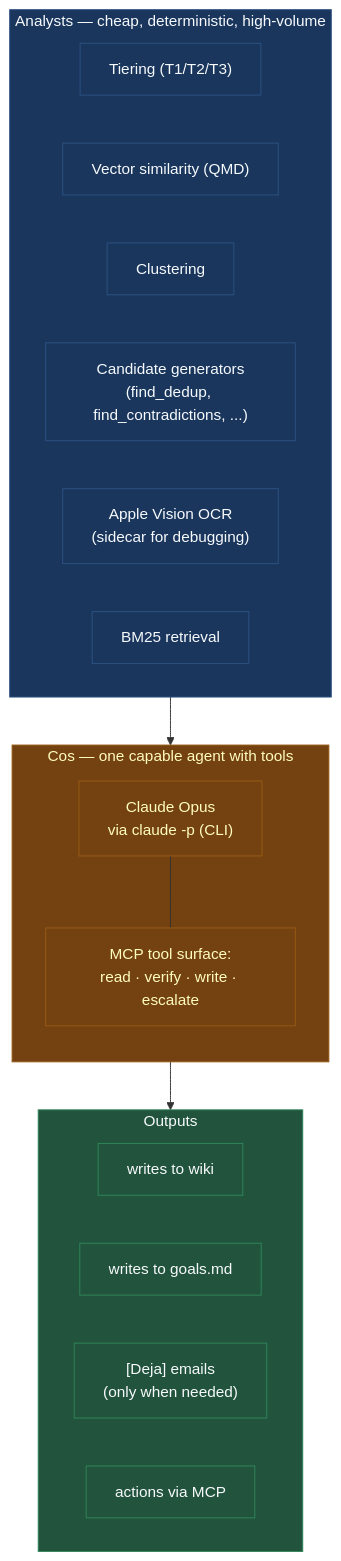
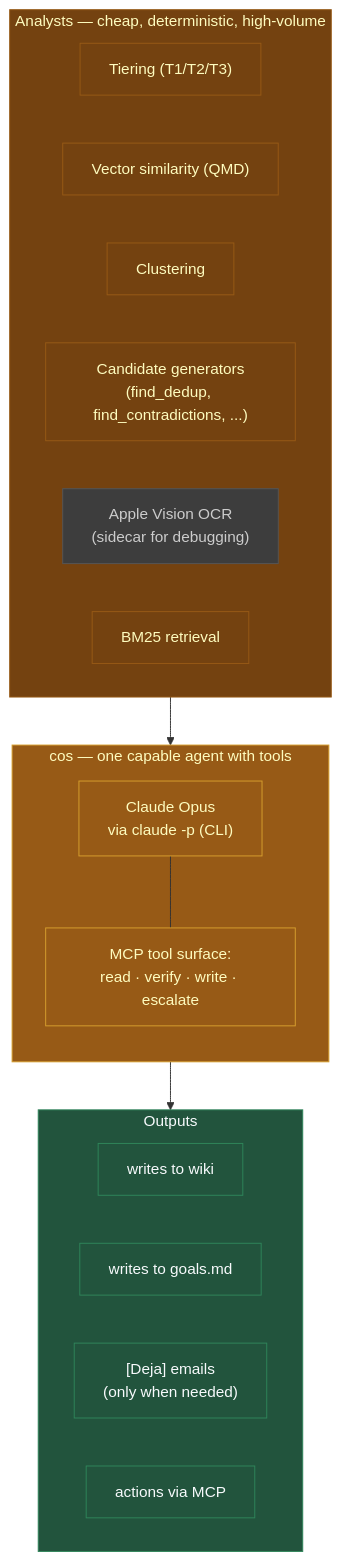
One commit to dwurtz/lighthouse changed the first of 4 diagrams in docs-site/docs/cos.md. Above: the diagram before and after it, drawn with Mermaid. The commit also changed other lines of this file and 11 other files, not shown here.

````diff
--- a/docs-site/docs/cos.md
+++ b/docs-site/docs/cos.md
@@ -5,35 +5,38 @@
 ```mermaid
 flowchart TB
     subgraph Analysts["Analysts — cheap, deterministic, high-volume"]
         T["Tiering (T1/T2/T3)"]
         V["Vector similarity (QMD)"]
         CL[Clustering]
         CG["Candidate generators<br/>(find_dedup, find_contradictions, ...)"]
         OC["Apple Vision OCR<br/>(sidecar for debugging)"]
         BM[BM25 retrieval]
     end
 
-    subgraph Cos["Cos — one capable agent with tools"]
+    subgraph Cos["cos — one capable agent with tools"]
         direction TB
         CA["Claude Opus<br/>via claude -p (CLI)"]
         MCP["MCP tool surface:<br/>read · verify · write · escalate"]
         CA --- MCP
     end
 
     subgraph Outputs
         W[writes to wiki]
         G[writes to goals.md]
         E["[Deja] emails<br/>(only when needed)"]
         A[actions via MCP]
     end
 
     Analysts --> Cos
     Cos --> Outputs
 
-    classDef an fill:#1a365d,stroke:#2c5282,color:#f7fafc
-    classDef cos fill:#744210,stroke:#975a16,color:#fefcbf
-    classDef out fill:#22543d,stroke:#2f855a,color:#f7fafc
-    class Analysts,T,V,CL,CG,OC,BM an
+    classDef source  fill:#1a365d,stroke:#2c5282,color:#f7fafc
+    classDef wiki    fill:#22543d,stroke:#2f855a,color:#f7fafc
+    classDef process fill:#744210,stroke:#975a16,color:#fefcbf
+    classDef cos     fill:#975a16,stroke:#d69e2e,color:#fefcbf
+    classDef aside   fill:#3d3d3d,stroke:#555,color:#ccc
+    class Analysts,T,V,CL,CG,BM process
+    class OC aside
     class Cos,CA,MCP cos
-    class Outputs,W,G,E,A out
+    class Outputs,W,G,E,A wiki
 ```
````
